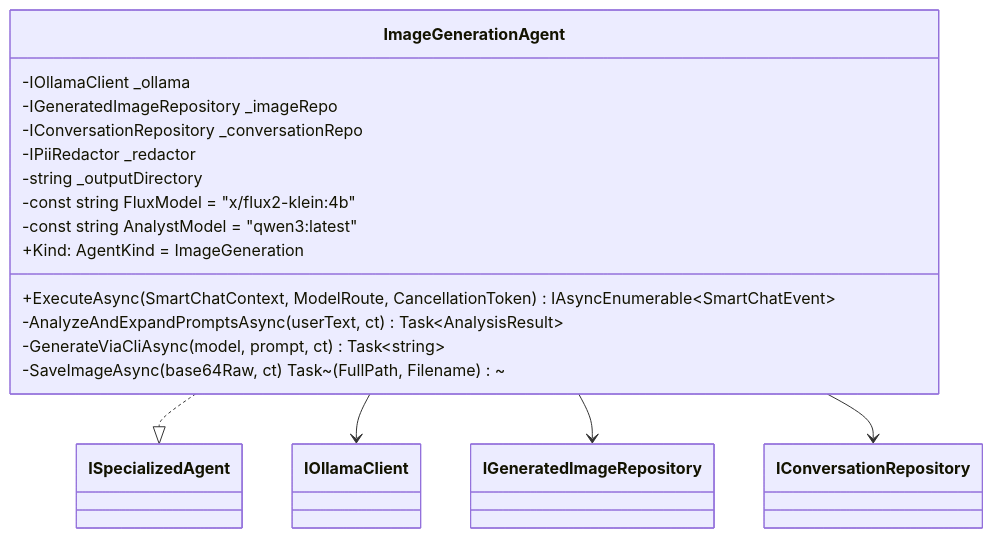
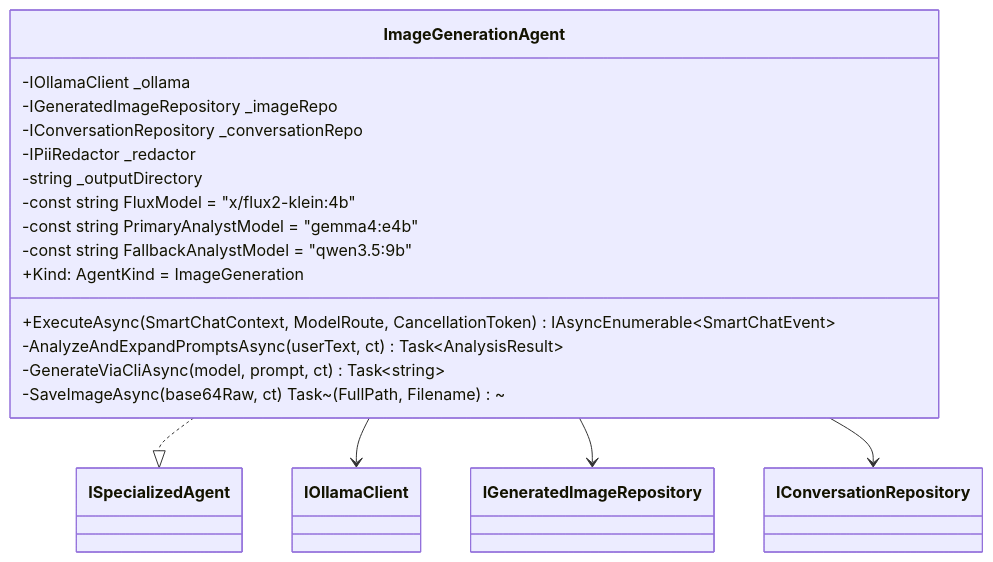
Before and after one commit to ekanatha-urivakili/EminentAiAgent: the ninth of 19 diagrams in docs/AGENT_2_AGENT_ARCHITECTURE.md, drawn with Mermaid. The commit also changed other lines of this file and 14 other files, not shown here.

````diff
--- a/docs/AGENT_2_AGENT_ARCHITECTURE.md
+++ b/docs/AGENT_2_AGENT_ARCHITECTURE.md
@@ -854,22 +856,23 @@
 ```mermaid
 classDiagram
     class ImageGenerationAgent {
         -IOllamaClient _ollama
         -IGeneratedImageRepository _imageRepo
         -IConversationRepository _conversationRepo
         -IPiiRedactor _redactor
         -string _outputDirectory
         -const string FluxModel = "x/flux2-klein:4b"
-        -const string AnalystModel = "qwen3:latest"
+        -const string PrimaryAnalystModel = "gemma4:e4b"
+        -const string FallbackAnalystModel = "qwen3.5:9b"
         +Kind: AgentKind = ImageGeneration
         +ExecuteAsync(SmartChatContext, ModelRoute, CancellationToken) IAsyncEnumerable~SmartChatEvent~
         -AnalyzeAndExpandPromptsAsync(userText, ct) Task~AnalysisResult~
         -GenerateViaCliAsync(model, prompt, ct) Task~string~
         -SaveImageAsync(base64Raw, ct) Task~(FullPath, Filename)~
     }
 
     ImageGenerationAgent ..|> ISpecializedAgent
     ImageGenerationAgent --> IOllamaClient
     ImageGenerationAgent --> IGeneratedImageRepository
     ImageGenerationAgent --> IConversationRepository
 ```
````
